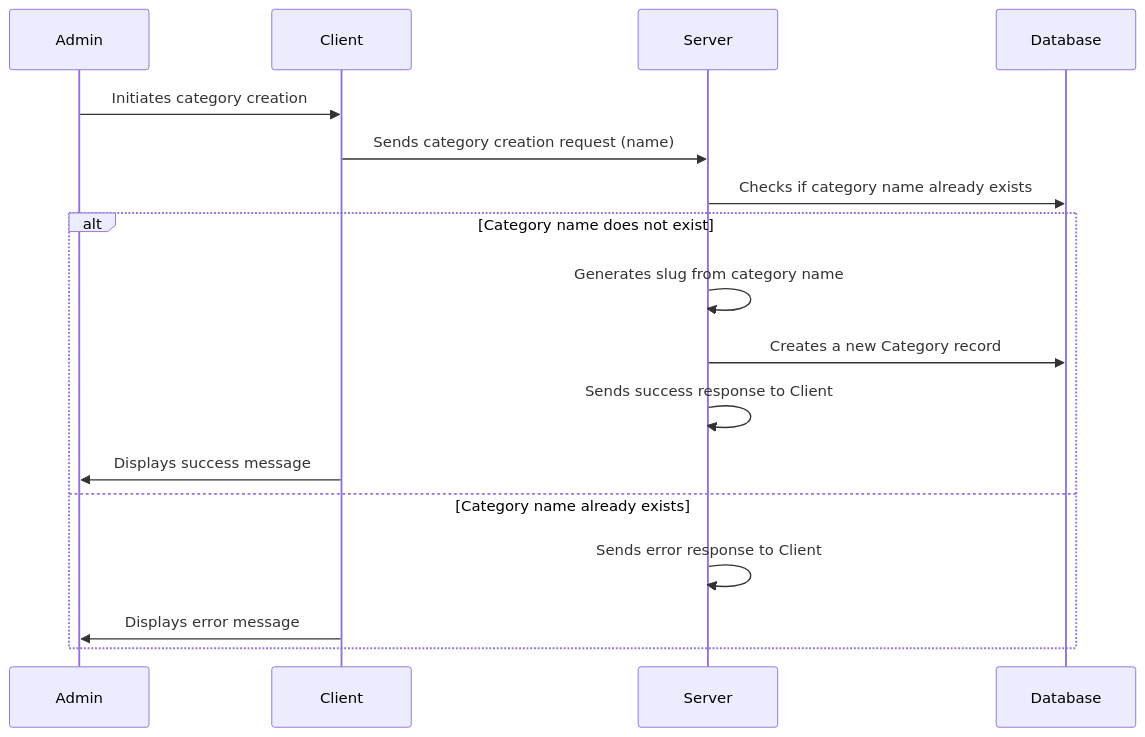
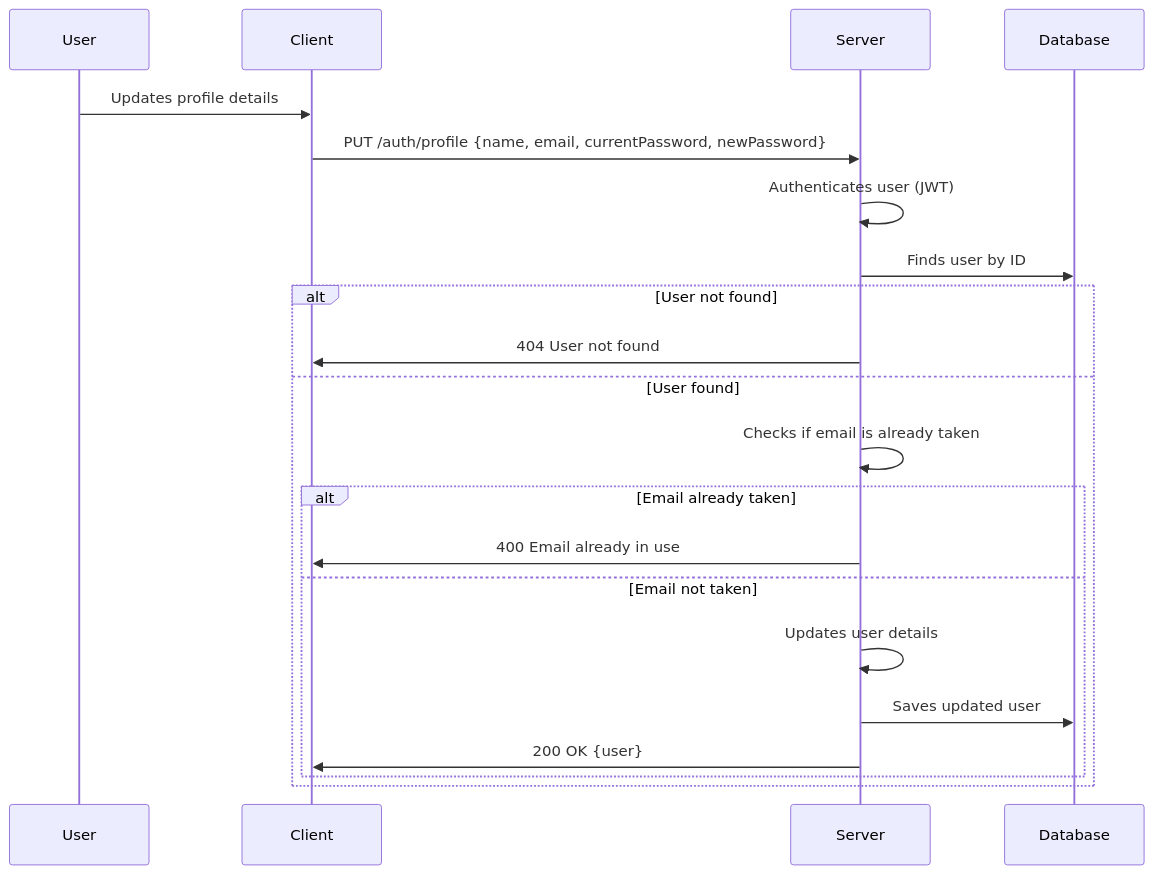
Before and after one commit to sreecharan-desu/reXa: diagram 12 of 12 in README.md, drawn with Mermaid. The commit also changed other lines of this file, not shown here.

````diff
--- a/README.md
+++ b/README.md
@@ -2371,20 +1444,23 @@
 ```mermaid
 sequenceDiagram
-    participant Admin
+    participant User
     participant Client
     participant Server
     participant Database
-
-    Admin->>Client: Initiates category creation
-    Client->>Server: Sends category creation request (name)
-    Server->>Database: Checks if category name already exists
-    alt Category name does not exist
-        Server->>Server: Generates slug from category name
-        Server->>Database: Creates a new Category record
-        Server->>Server: Sends success response to Client
-        Client->>Admin: Displays success message
-    else Category name already exists
-        Server->>Server: Sends error response to Client
-        Client->>Admin: Displays error message
+    User->>Client: Updates profile details
+    Client->>Server: PUT /auth/profile {name, email, currentPassword, newPassword}
+    Server->>Server: Authenticates user (JWT)
+    Server->>Database: Finds user by ID
+    alt User not found
+        Server->>Client: 404 User not found
+    else User found
+        Server->>Server: Checks if email is already taken
+        alt Email already taken
+            Server->>Client: 400 Email already in use
+        else Email not taken
+            Server->>Server: Updates user details
+            Server->>Database: Saves updated user
+            Server->>Client: 200 OK {user}
+        end
     end
 ```
````
